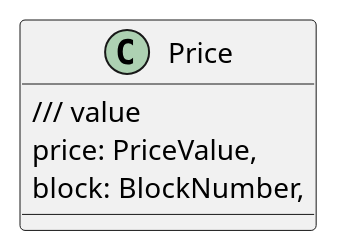
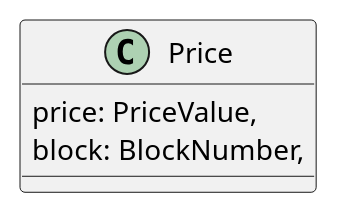
Before and after one commit to ComposableFi/composable: the second of 14 diagrams in frame/oracle/design/design.adoc, drawn with PlantUML. The commit also changed other lines of this file and 11 other files, not shown here.

```diff
--- a/frame/oracle/design/design.adoc
+++ b/frame/oracle/design/design.adoc
@@ -152,8 +153,7 @@
 [plantuml,images/price,png]
 ----
 class Price {
-    /// value
 	price: PriceValue,
 	block: BlockNumber,
 }
 ----
```
